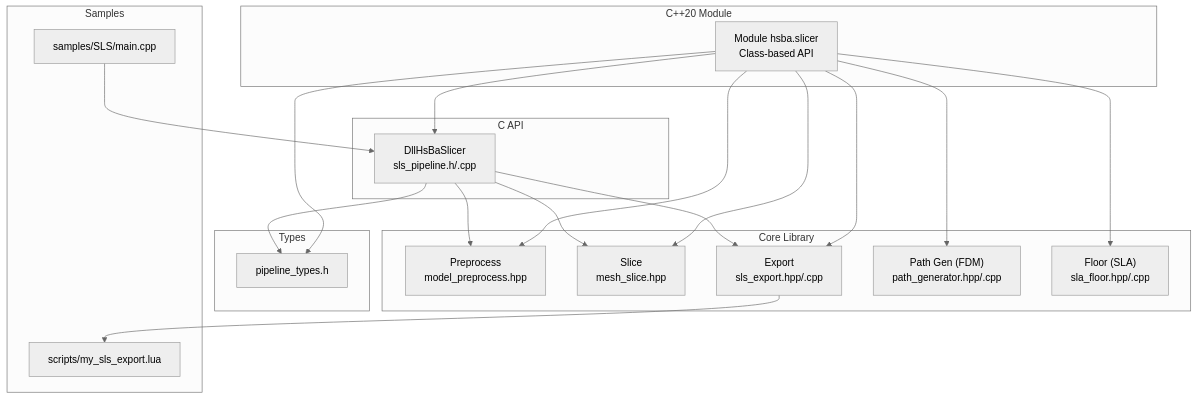
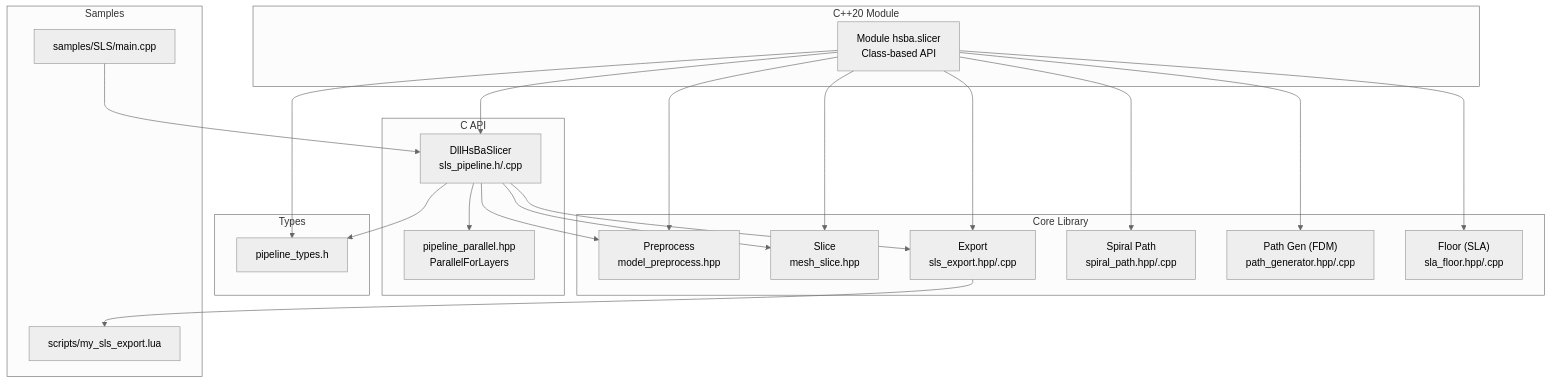
Before and after one commit to hsmbanlance/HsBaSlicer: the first of 10 diagrams in .qoder/repowiki/en/content/Core Architecture/SLS Pipeline System.md, drawn with Mermaid (neutral theme). The commit also changed other lines of this file and 20 other files, not shown here.

````diff
--- a/.qoder/repowiki/en/content/Core Architecture/SLS Pipeline System.md
+++ b/.qoder/repowiki/en/content/Core Architecture/SLS Pipeline System.md
@@ -50,36 +64,40 @@
 ```mermaid
 graph TB
 subgraph "C++20 Module"
 M["Module hsba.slicer<br/>Class-based API"]
 end
 subgraph "C API"
 CAPI["DllHsBaSlicer<br/>sls_pipeline.h/.cpp"]
+PARALLEL["pipeline_parallel.hpp<br/>ParallelForLayers"]
 end
 subgraph "Core Library"
 PRE["Preprocess<br/>model_preprocess.hpp"]
 SLI["Slice<br/>mesh_slice.hpp"]
 EXP["Export<br/>sls_export.hpp/.cpp"]
+SPIRAL["Spiral Path<br/>spiral_path.hpp/.cpp"]
 PATH["Path Gen (FDM)<br/>path_generator.hpp/.cpp"]
 FLOOR["Floor (SLA)<br/>sla_floor.hpp/.cpp"]
 end
 subgraph "Types"
 TYPES["pipeline_types.h"]
 end
 subgraph "Samples"
 APP["samples/SLS/main.cpp"]
 LUA["scripts/my_sls_export.lua"]
 end
 M --> CAPI
 CAPI --> PRE
 CAPI --> SLI
 CAPI --> EXP
+CAPI --> PARALLEL
 M --> PRE
 M --> SLI
 M --> EXP
+M --> SPIRAL
 M --> PATH
 M --> FLOOR
 CAPI --> TYPES
 M --> TYPES
 APP --> CAPI
 EXP --> LUA
 ```
````
